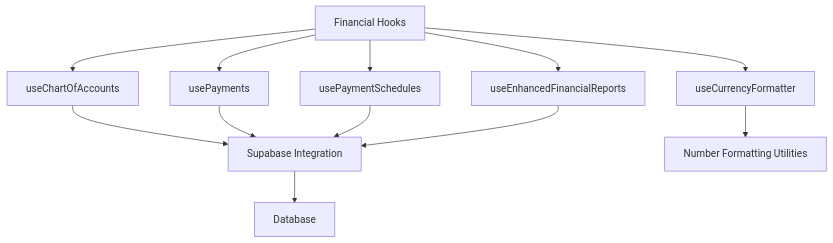
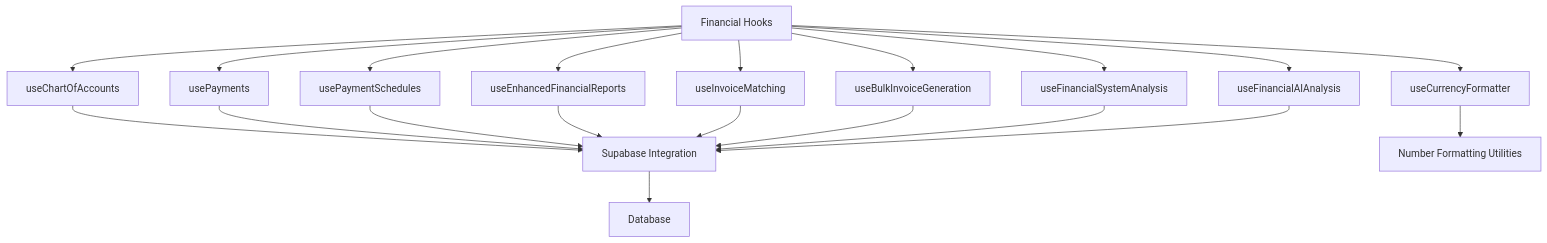
Before and after one commit to khamis1992/fleetifyapp: the first of 11 diagrams in .qoder/repowiki/en/content/State Management/Custom Hooks/Financial Operations Hooks/Financial Operations Hooks.md, drawn with Mermaid. The commit also changed other lines of this file and 20 other files, not shown here.

````diff
--- a/.qoder/repowiki/en/content/State Management/Custom Hooks/Financial Operations Hooks/Financial Operations Hooks.md
+++ b/.qoder/repowiki/en/content/State Management/Custom Hooks/Financial Operations Hooks/Financial Operations Hooks.md
@@ -31,14 +44,22 @@
 ```mermaid
 graph TD
 A[Financial Hooks] --> B[useChartOfAccounts]
 A --> C[usePayments]
 A --> D[usePaymentSchedules]
 A --> E[useEnhancedFinancialReports]
 A --> F[useCurrencyFormatter]
-B --> G[Supabase Integration]
-C --> G
-D --> G
-E --> G
-F --> H[Number Formatting Utilities]
-G --> I[Database]
+A --> G[useInvoiceMatching]
+A --> H[useBulkInvoiceGeneration]
+A --> I[useFinancialSystemAnalysis]
+A --> J[useFinancialAIAnalysis]
+B --> K[Supabase Integration]
+C --> K
+D --> K
+E --> K
+G --> K
+H --> K
+I --> K
+J --> K
+F --> L[Number Formatting Utilities]
+K --> M[Database]
 ```
````
